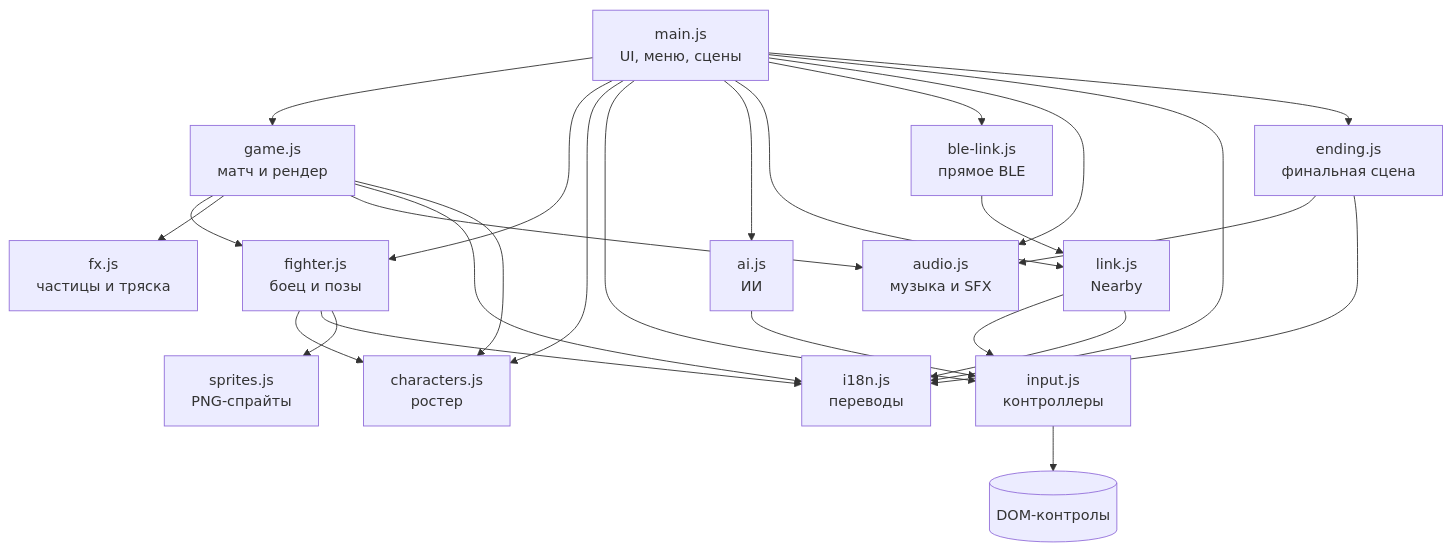
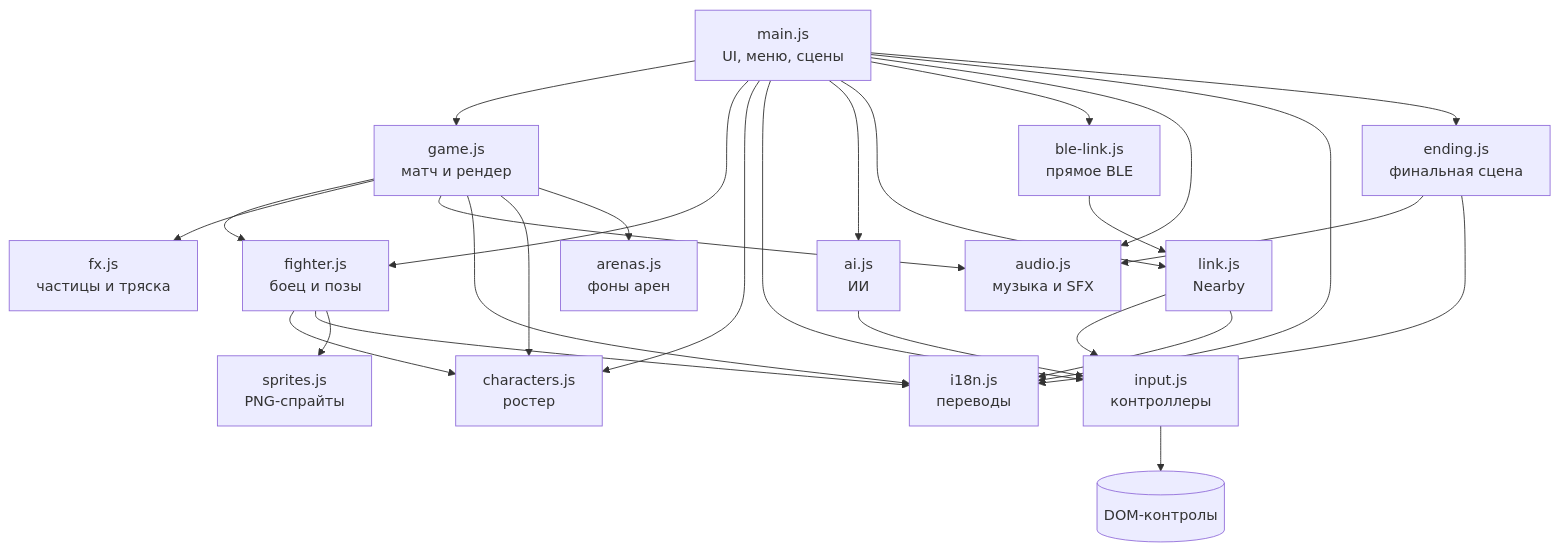
Before and after one commit to asmxaker/neon-clash: the first of 2 diagrams in docs/ARCHITECTURE.md, drawn with Mermaid. The commit also changed other lines of this file and 15 other files, not shown here.

````diff
--- a/docs/ARCHITECTURE.md
+++ b/docs/ARCHITECTURE.md
@@ -34,31 +34,32 @@
 ```mermaid
 flowchart TD
   main[main.js<br/>UI, меню, сцены] --> game[game.js<br/>матч и рендер]
   main --> fighter[fighter.js<br/>боец и позы]
   main --> characters[characters.js<br/>ростер]
   main --> input[input.js<br/>контроллеры]
   main --> ai[ai.js<br/>ИИ]
   main --> link[link.js<br/>Nearby]
   main --> ble[ble-link.js<br/>прямое BLE]
   main --> audio[audio.js<br/>музыка и SFX]
   main --> i18n[i18n.js<br/>переводы]
   main --> ending[ending.js<br/>финальная сцена]
 
   game --> fighter
   game --> fx[fx.js<br/>частицы и тряска]
   game --> audio
   game --> i18n
   game --> characters
+  game --> arenas[arenas.js<br/>фоны арен]
 
   fighter --> characters
   fighter --> i18n
   fighter --> sprites[sprites.js<br/>PNG-спрайты]
 
   link --> input
   link --> i18n
   ble --> link
   ai --> input
   input --> chars[(DOM-контролы)]
   ending --> audio
   ending --> i18n
 ```
````
